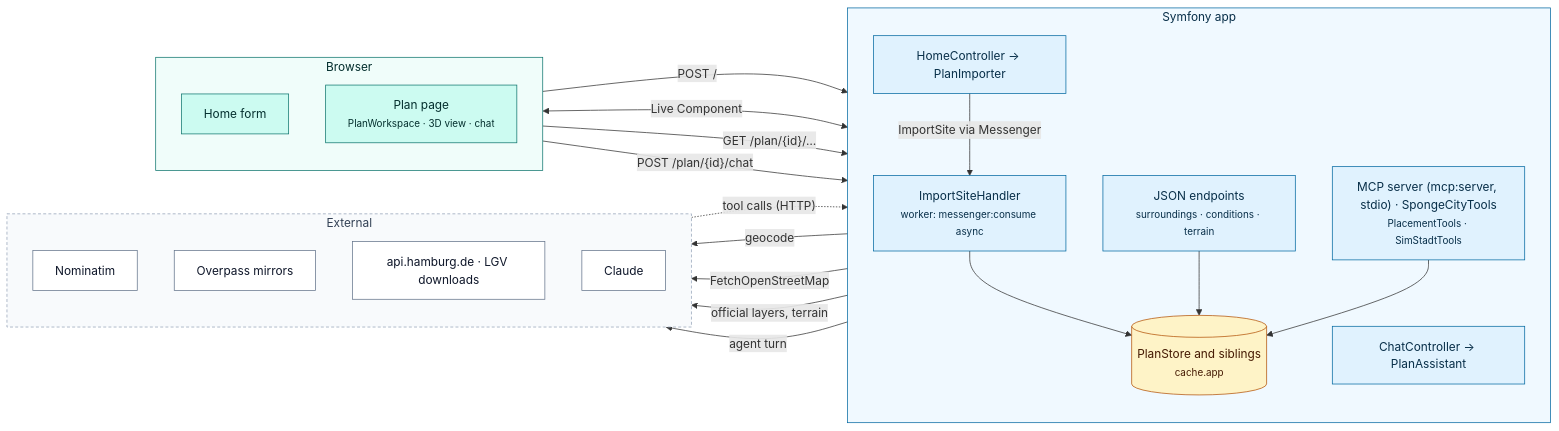
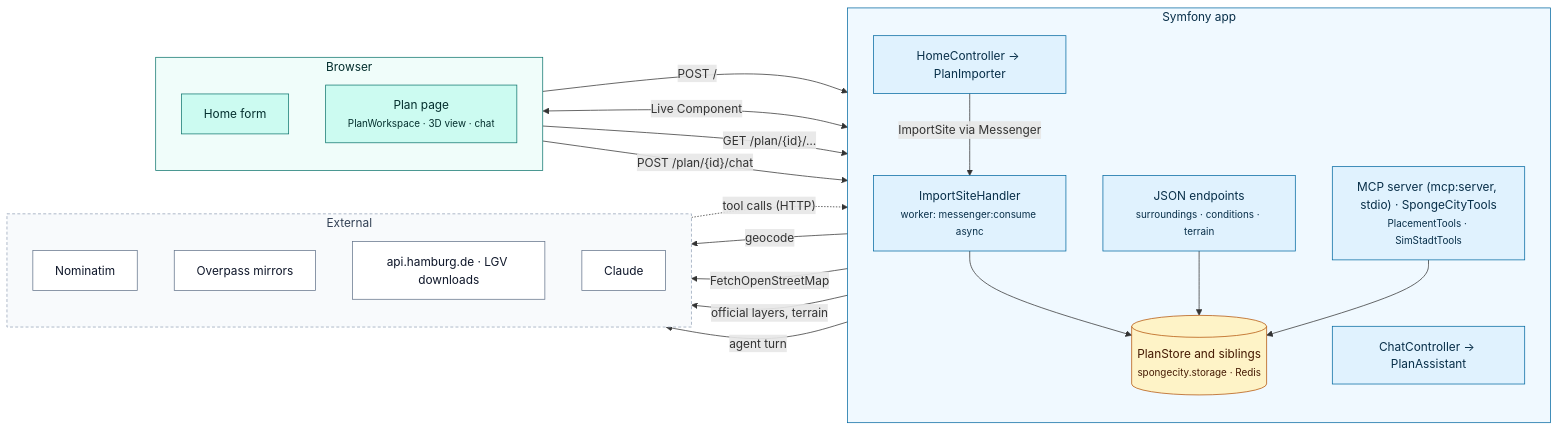
The first of 4 diagrams in docs/architecture.md (davidgorges/spongecity-ai-public), drawn with Mermaid before and after one commit. The commit also changed other lines of this file and 7 other files, not shown here.

````diff
--- a/docs/architecture.md
+++ b/docs/architecture.md
@@ -14,48 +14,48 @@
 ```mermaid
 flowchart LR
     subgraph browser["Browser"]
         direction TB
         home["Home form"]
         page["Plan page<br/><small>PlanWorkspace · 3D view · chat</small>"]
     end
 
     subgraph app["Symfony app"]
         direction TB
         hc["HomeController → PlanImporter"]
         json["JSON endpoints<br/><small>surroundings · conditions · terrain</small>"]
         chat["ChatController → PlanAssistant"]
         tools["MCP server (mcp:server, stdio) · SpongeCityTools<br/><small>PlacementTools · SimStadtTools</small>"]
         handler["ImportSiteHandler<br/><small>worker: messenger:consume async</small>"]
-        store[("PlanStore and siblings<br/><small>cache.app</small>")]
+        store[("PlanStore and siblings<br/><small>spongecity.storage · Redis</small>")]
     end
 
     subgraph ext["External"]
         direction TB
         nom["Nominatim"]
         ovp["Overpass mirrors"]
         hh["api.hamburg.de · LGV downloads"]
         cl["Claude"]
     end
 
     home -- "POST /" --> hc -- "geocode" --> nom
     hc -- "ImportSite via Messenger" --> handler
     handler -- "FetchOpenStreetMap" --> ovp
     handler -- "official layers, terrain" --> hh
     handler --> store
     page <-- "Live Component" --> store
     page -- "GET /plan/{id}/…" --> json --> store
     page -- "POST /plan/{id}/chat" --> chat -- "agent turn" --> cl
     cl -. "tool calls (HTTP)" .-> tools --> store
 
     classDef ui fill:#ccfbf1,stroke:#0f766e,color:#042f2e
     classDef svc fill:#e0f2fe,stroke:#0369a1,color:#082f49
     classDef data fill:#fef3c7,stroke:#b45309,color:#451a03
     classDef external fill:#ffffff,stroke:#64748b,color:#0f172a
     class home,page ui
     class hc,json,chat,tools,handler svc
     class store data
     class nom,ovp,hh,cl external
     style browser fill:#f0fdfa,stroke:#0f766e,color:#042f2e
     style app fill:#f0f9ff,stroke:#0369a1,color:#082f49
     style ext fill:#f8fafc,stroke:#94a3b8,stroke-dasharray:4 3,color:#334155
 ```
````
